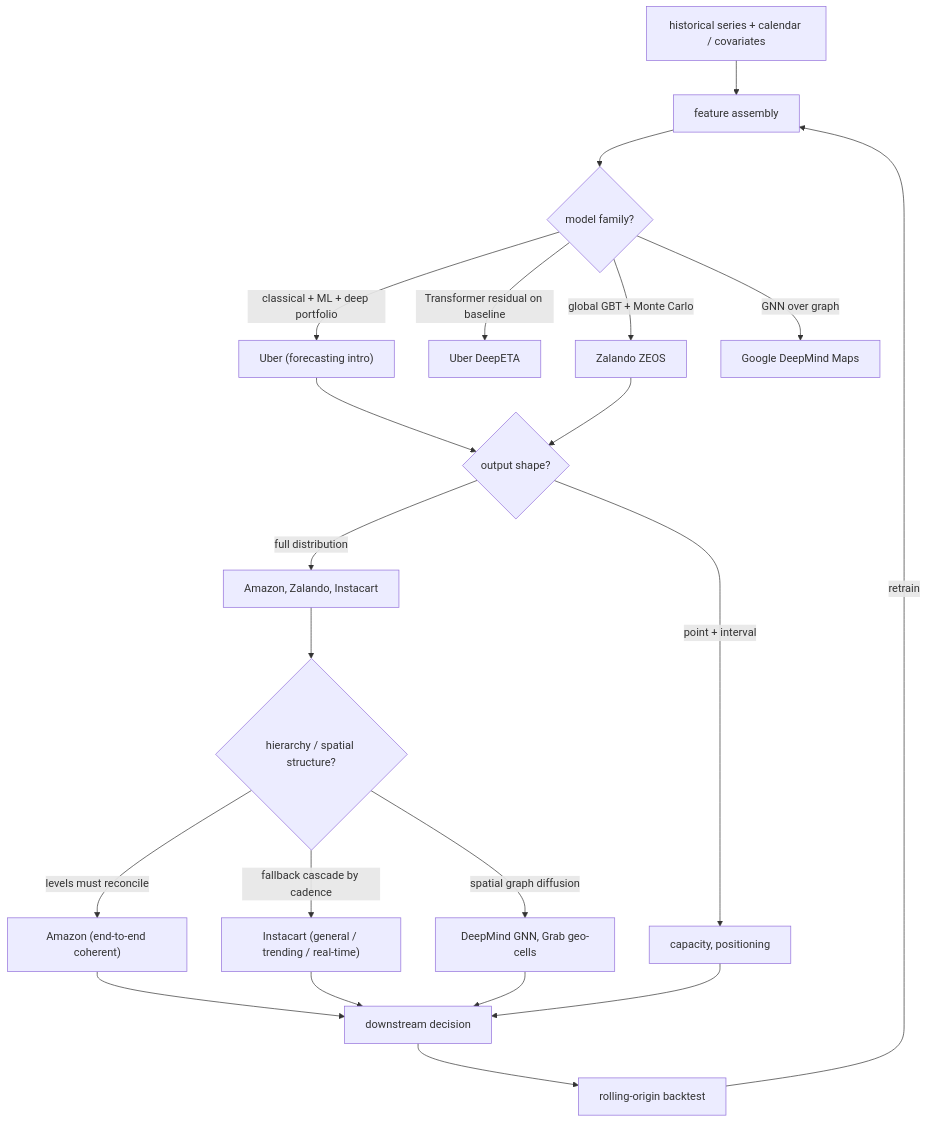
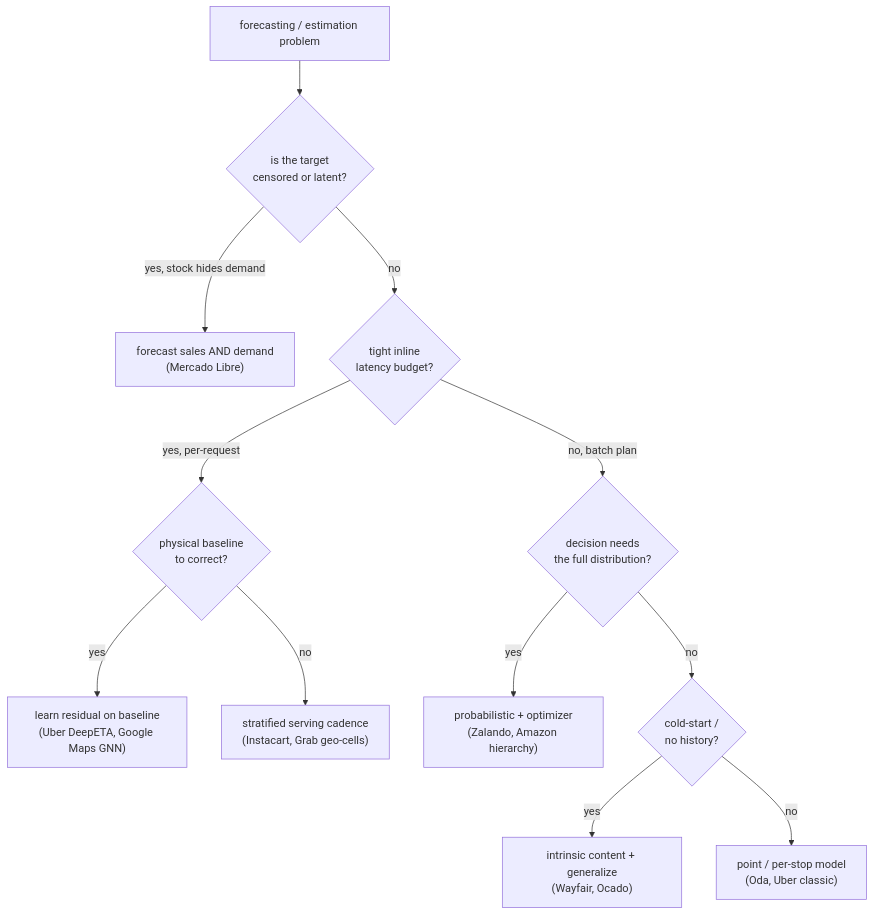
One commit to neurarch-ai/awesome-ml-system-design changed diagram 23 of 36 in CASE-STUDIES.md. Above: the diagram before and after it, drawn with Mermaid. The commit also changed other lines of this file and 1 other file, not shown here.

First line of the commit message:
Refresh comparative diagrams + teardowns for the newly added cases

````diff
--- a/CASE-STUDIES.md
+++ b/CASE-STUDIES.md
@@ -930,23 +966,14 @@
 ```mermaid
 flowchart TD
-  HIST["historical series + calendar / covariates"] --> FEAT["feature assembly"]
-  FEAT --> D1{"model family?"}
-  D1 -->|"classical + ML + deep portfolio"| UBER["Uber (forecasting intro)"]
-  D1 -->|"Transformer residual on baseline"| DEEPETA["Uber DeepETA"]
-  D1 -->|"global GBT + Monte Carlo"| ZAL["Zalando ZEOS"]
-  D1 -->|"GNN over graph"| DM["Google DeepMind Maps"]
-  UBER --> D2{"output shape?"}
-  ZAL --> D2
-  D2 -->|"point + interval"| PT["capacity, positioning"]
-  D2 -->|"full distribution"| PROB["Amazon, Zalando, Instacart"]
-  PROB --> D3{"hierarchy / spatial structure?"}
-  D3 -->|"levels must reconcile"| RECON["Amazon (end-to-end coherent)"]
-  D3 -->|"fallback cascade by cadence"| CASC["Instacart (general / trending / real-time)"]
-  D3 -->|"spatial graph diffusion"| SPAT["DeepMind GNN, Grab geo-cells"]
-  RECON --> DEC["downstream decision"]
-  CASC --> DEC
-  SPAT --> DEC
-  PT --> DEC
-  DEC --> BT["rolling-origin backtest"]
-  BT -->|"retrain"| FEAT
+  START["forecasting / estimation problem"] --> Q1{"is the target<br/>censored or latent?"}
+  Q1 -->|"yes, stock hides demand"| SPLIT["forecast sales AND demand<br/>(Mercado Libre)"]
+  Q1 -->|"no"| Q2{"tight inline<br/>latency budget?"}
+  Q2 -->|"yes, per-request"| Q3{"physical baseline<br/>to correct?"}
+  Q3 -->|"yes"| RES["learn residual on baseline<br/>(Uber DeepETA, Google Maps GNN)"]
+  Q3 -->|"no"| RT["stratified serving cadence<br/>(Instacart, Grab geo-cells)"]
+  Q2 -->|"no, batch plan"| Q4{"decision needs<br/>the full distribution?"}
+  Q4 -->|"yes"| DIST["probabilistic + optimizer<br/>(Zalando, Amazon hierarchy)"]
+  Q4 -->|"no"| Q5{"cold-start /<br/>no history?"}
+  Q5 -->|"yes"| COLD["intrinsic content + generalize<br/>(Wayfair, Ocado)"]
+  Q5 -->|"no"| PT["point / per-stop model<br/>(Oda, Uber classic)"]
 ```
````
